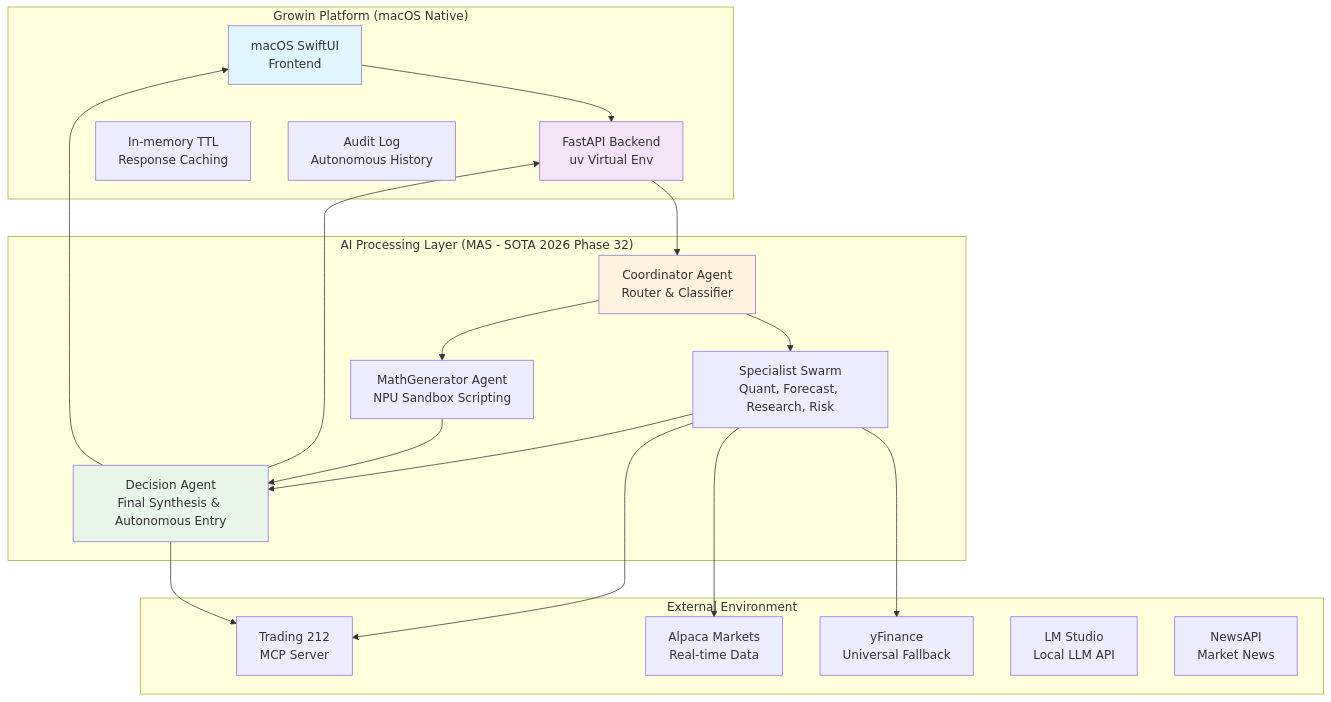
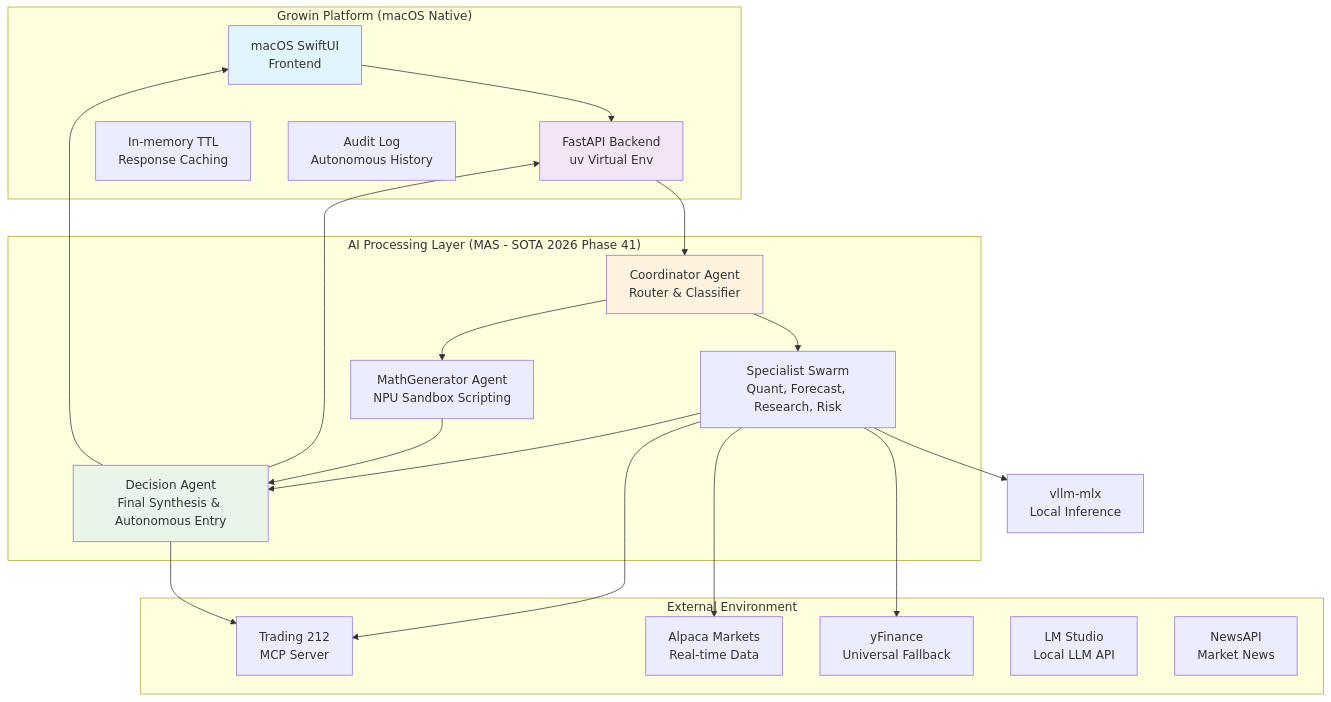
One commit to sank29mane/growin-app changed the diagram in docs/ARCHITECTURE.md. Above: the diagram before and after it, drawn with Mermaid. The commit also changed other lines of this file and 1 other file, not shown here.

Commit message:
docs: finalize project-wide documentation sync for Phase 41

````diff
--- a/docs/ARCHITECTURE.md
+++ b/docs/ARCHITECTURE.md
@@ -15,43 +15,44 @@
 ```mermaid
 graph TB
     subgraph "External Environment"
         T212[Trading 212<br/>MCP Server]
         ALP[Alpaca Markets<br/>Real-time Data]
         YF[yFinance<br/>Universal Fallback]
         LMSTUDIO[LM Studio<br/>Local LLM API]
         NEWS[NewsAPI<br/>Market News]
     end
 
     subgraph "Growin Platform (macOS Native)"
         UI[macOS SwiftUI<br/>Frontend]
         API[FastAPI Backend<br/>uv Virtual Env]
         CACHE[In-memory TTL<br/>Response Caching]
         AUDIT[Audit Log<br/>Autonomous History]
     end
 
-    subgraph "AI Processing Layer (MAS - SOTA 2026 Phase 32)"
+    subgraph "AI Processing Layer (MAS - SOTA 2026 Phase 41)"
         COORD[Coordinator Agent<br/>Router & Classifier]
         SWARM[Specialist Swarm<br/>Quant, Forecast, Research, Risk]
         MATH[MathGenerator Agent<br/>NPU Sandbox Scripting]
         DECISION[Decision Agent<br/>Final Synthesis & Autonomous Entry]
     end
 
     UI --> API
     API --> COORD
     COORD --> SWARM
     COORD --> MATH
     SWARM --> DECISION
     MATH --> DECISION
     DECISION --> API
     DECISION --> UI
 
     SWARM --> T212
     SWARM --> ALP
     SWARM --> YF
+    SWARM --> VLLM[vllm-mlx<br/>Local Inference]
     DECISION --> T212
 
     style UI fill:#e1f5fe
     style API fill:#f3e5f5
     style DECISION fill:#e8f5e8
     style COORD fill:#fff3e0
 ```
````
